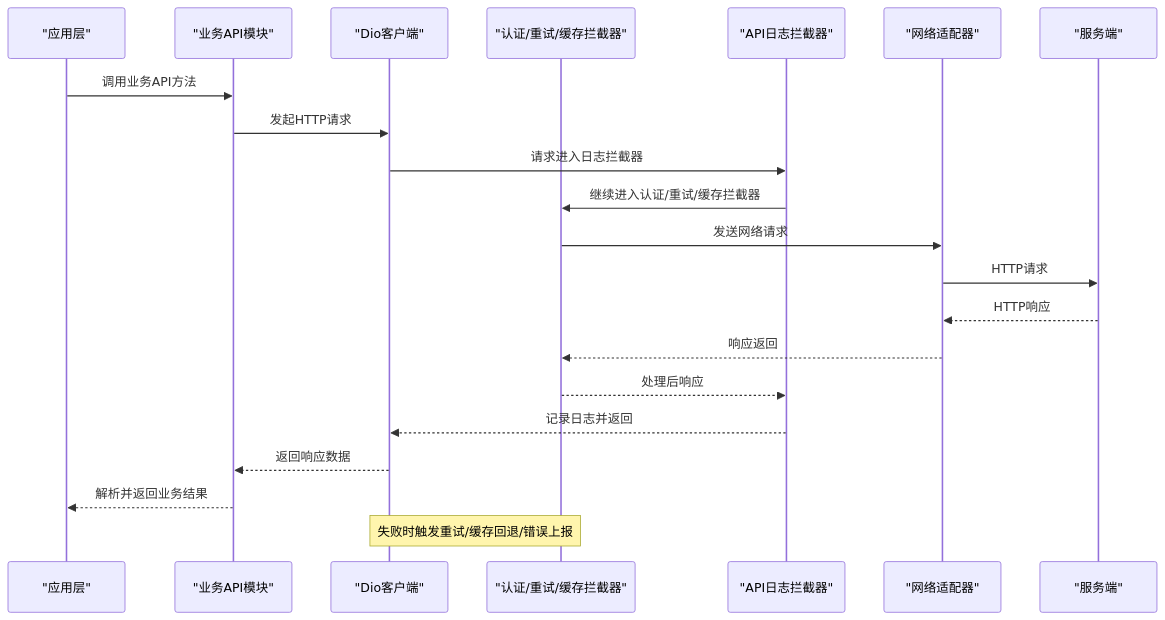
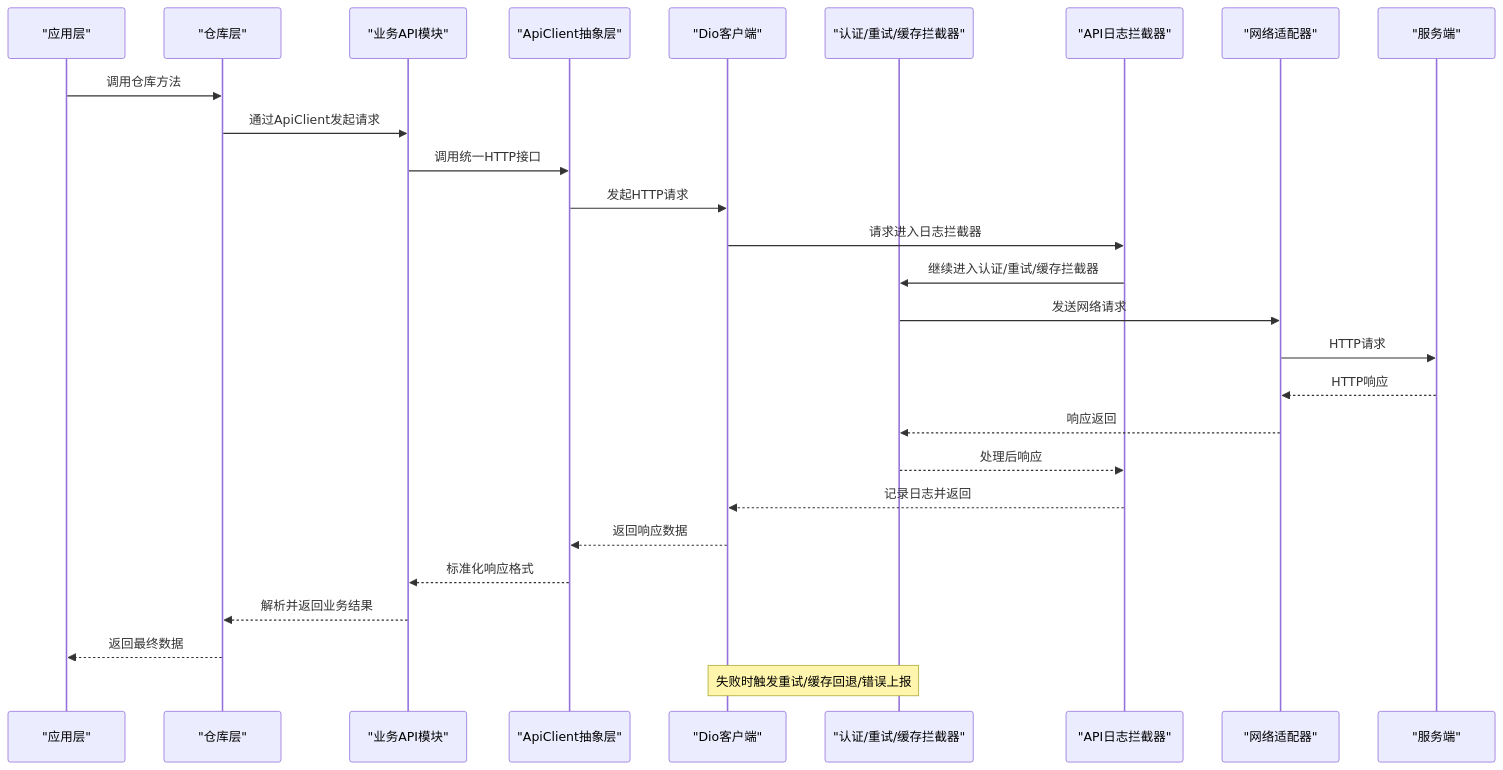
The second of 6 diagrams in .qoder/repowiki/zh/content/架构设计/HTTP网络层.md (justLXX/pilipala), drawn with Mermaid before and after one commit. The commit also changed other lines of this file and 194 other files, not shown here.

````diff
--- a/.qoder/repowiki/zh/content/架构设计/HTTP网络层.md
+++ b/.qoder/repowiki/zh/content/架构设计/HTTP网络层.md
@@ -150,23 +184,29 @@
 ```mermaid
 sequenceDiagram
 participant App as "应用层"
+participant Repo as "仓库层"
 participant API as "业务API模块"
+participant Client as "ApiClient抽象层"
 participant Dio as "Dio客户端"
 participant AuthInt as "认证/重试/缓存拦截器"
 participant LogInt as "API日志拦截器"
 participant Net as "网络适配器"
 participant Srv as "服务端"
-App->>API : 调用业务API方法
-API->>Dio : 发起HTTP请求
+App->>Repo : 调用仓库方法
+Repo->>API : 通过ApiClient发起请求
+API->>Client : 调用统一HTTP接口
+Client->>Dio : 发起HTTP请求
 Dio->>LogInt : 请求进入日志拦截器
 LogInt->>AuthInt : 继续进入认证/重试/缓存拦截器
 AuthInt->>Net : 发送网络请求
 Net->>Srv : HTTP请求
 Srv-->>Net : HTTP响应
 Net-->>AuthInt : 响应返回
 AuthInt-->>LogInt : 处理后响应
 LogInt-->>Dio : 记录日志并返回
-Dio-->>API : 返回响应数据
-API-->>App : 解析并返回业务结果
+Dio-->>Client : 返回响应数据
+Client-->>API : 标准化响应格式
+API-->>Repo : 解析并返回业务结果
+Repo-->>App : 返回最终数据
 Note over AuthInt,Dio : 失败时触发重试/缓存回退/错误上报
 ```
````
